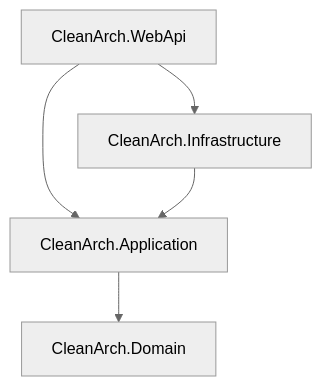
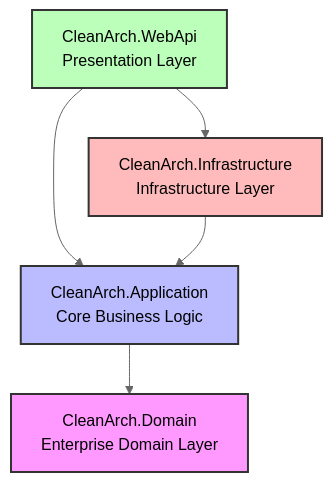
The diagram in README.md (YellMinNaing-micro/CleanArchitecture.VerticalSlice.Template), drawn with Mermaid (neutral theme) before and after one commit. The commit also changed other lines of this file, not shown here.

````diff
--- a/README.md
+++ b/README.md
@@ -13,7 +15,13 @@
 ```mermaid
 graph TD
-    WebApi[CleanArch.WebApi] --> Infrastructure[CleanArch.Infrastructure]
-    WebApi --> Application[CleanArch.Application]
+    %% Project Layers %%
+    WebApi[CleanArch.WebApi<br>Presentation Layer] --> Infrastructure[CleanArch.Infrastructure<br>Infrastructure Layer]
+    WebApi --> Application[CleanArch.Application<br>Core Business Logic]
     Infrastructure --> Application
-    Application --> Domain[CleanArch.Domain]
+    Application --> Domain[CleanArch.Domain<br>Enterprise Domain Layer]
+
+    style Domain fill:#f9f,stroke:#333,stroke-width:2px
+    style Application fill:#bbf,stroke:#333,stroke-width:2px
+    style Infrastructure fill:#fbb,stroke:#333,stroke-width:2px
+    style WebApi fill:#bfb,stroke:#333,stroke-width:2px
 ```
````
